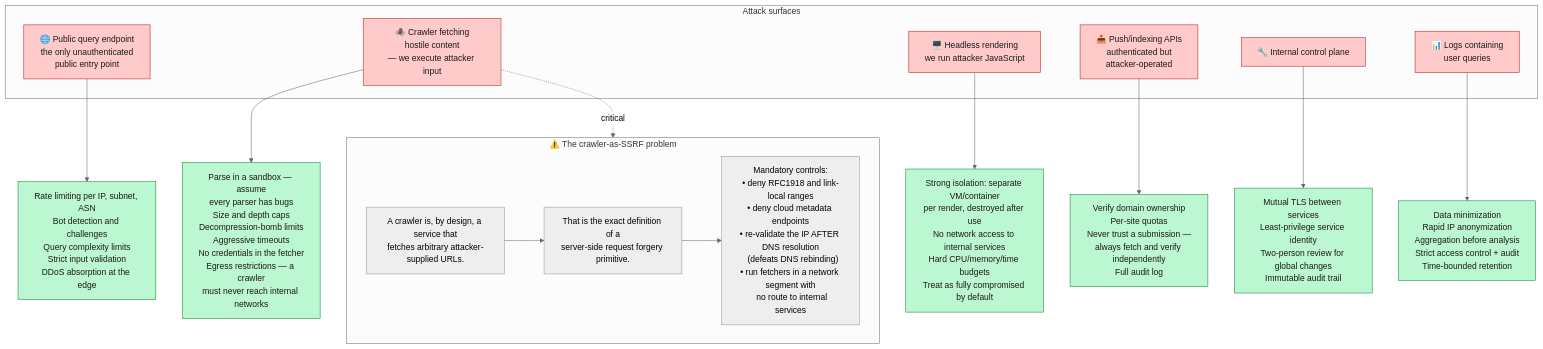
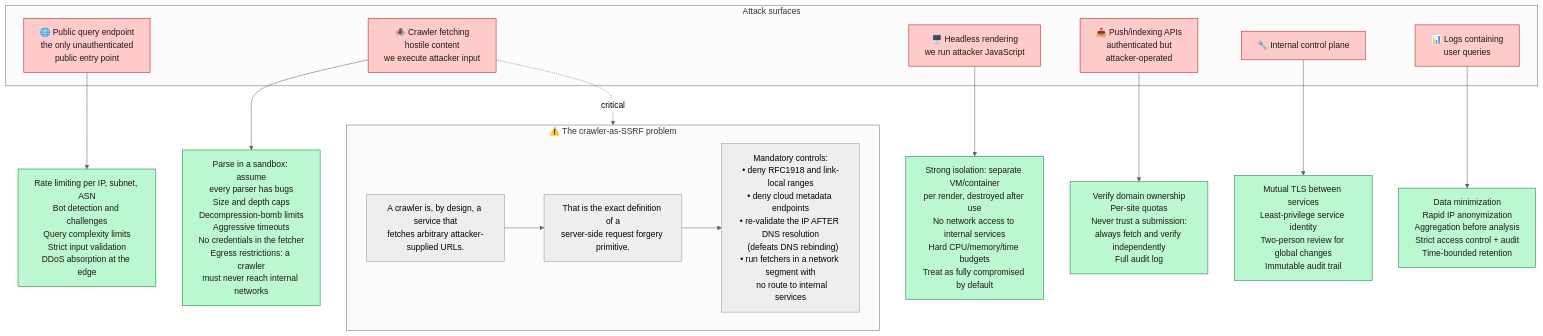
The third of 4 diagrams in docs/en/14-security-abuse.md (ahmedselimmansor-ctrl/google-search-system-design), drawn with Mermaid (neutral theme) before and after one commit. The commit also changed other lines of this file and 89 other files, not shown here.

````diff
--- a/docs/en/14-security-abuse.md
+++ b/docs/en/14-security-abuse.md
@@ -155,37 +155,37 @@
 ```mermaid
 flowchart TB
     subgraph SURFACES["Attack surfaces"]
         S1["🌐 Public query endpoint<br/>the only unauthenticated<br/>public entry point"]
-        S2["🕷️ Crawler fetching<br/>hostile content<br/>— we execute attacker input"]
+        S2["🕷️ Crawler fetching<br/>hostile content<br/>we execute attacker input"]
         S3["🖥️ Headless rendering<br/>we run attacker JavaScript"]
         S4["📤 Push/indexing APIs<br/>authenticated but<br/>attacker-operated"]
         S5["🔧 Internal control plane"]
         S6["📊 Logs containing<br/>user queries"]
     end
 
     S1 --> C1["Rate limiting per IP, subnet, ASN<br/>Bot detection and challenges<br/>Query complexity limits<br/>Strict input validation<br/>DDoS absorption at the edge"]
 
-    S2 --> C2["Parse in a sandbox — assume<br/>every parser has bugs<br/>Size and depth caps<br/>Decompression-bomb limits<br/>Aggressive timeouts<br/>No credentials in the fetcher<br/>Egress restrictions — a crawler<br/>must never reach internal networks"]
+    S2 --> C2["Parse in a sandbox: assume<br/>every parser has bugs<br/>Size and depth caps<br/>Decompression-bomb limits<br/>Aggressive timeouts<br/>No credentials in the fetcher<br/>Egress restrictions: a crawler<br/>must never reach internal networks"]
 
     S3 --> C3["Strong isolation: separate VM/container<br/>per render, destroyed after use<br/>No network access to internal services<br/>Hard CPU/memory/time budgets<br/>Treat as fully compromised by default"]
 
-    S4 --> C4["Verify domain ownership<br/>Per-site quotas<br/>Never trust a submission —<br/>always fetch and verify independently<br/>Full audit log"]
+    S4 --> C4["Verify domain ownership<br/>Per-site quotas<br/>Never trust a submission:<br/>always fetch and verify independently<br/>Full audit log"]
 
     S5 --> C5["Mutual TLS between services<br/>Least-privilege service identity<br/>Two-person review for global changes<br/>Immutable audit trail"]
 
     S6 --> C6["Data minimization<br/>Rapid IP anonymization<br/>Aggregation before analysis<br/>Strict access control + audit<br/>Time-bounded retention"]
 
     subgraph SSRF["⚠️ The crawler-as-SSRF problem"]
         X1["A crawler is, by design, a service that<br/>fetches arbitrary attacker-supplied URLs."]
         X2["That is the exact definition of a<br/>server-side request forgery primitive."]
         X3["Mandatory controls:<br/>• deny RFC1918 and link-local ranges<br/>• deny cloud metadata endpoints<br/>• re-validate the IP AFTER DNS resolution<br/>  (defeats DNS rebinding)<br/>• run fetchers in a network segment with<br/>  no route to internal services"]
         X1 --> X2 --> X3
     end
 
     S2 -.critical.-> SSRF
 
     classDef surface fill:#fecaca,stroke:#b91c1c,color:#1c1917
     classDef control fill:#bbf7d0,stroke:#15803d,color:#1c1917
     class S1,S2,S3,S4,S5,S6 surface
     class C1,C2,C3,C4,C5,C6 control
 ```
````
